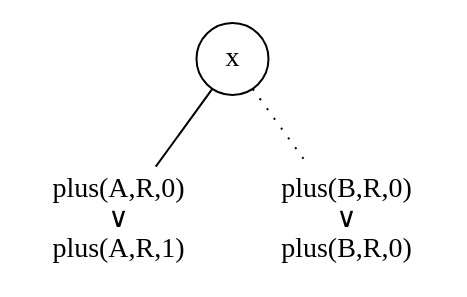
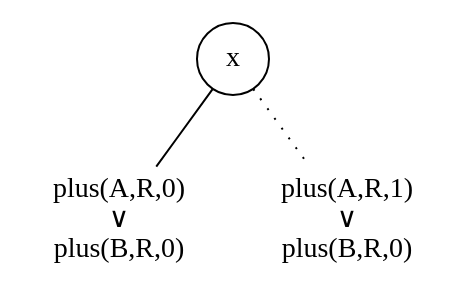
One commit to hgoes/master-thesis changed the diagram in plus3_res.dot. Above: the diagram before and after it, drawn with Graphviz.

Commit message:
Fix bug in BDD result diagram

```diff
--- a/plus3_res.dot
+++ b/plus3_res.dot
@@ -1,7 +1,7 @@
 graph plus3res {
 	x [shape=circle];
-	lhs [shape=plaintext,label="plus(A,R,0)\n&#8744;\nplus(A,R,1)"];
-	rhs [shape=plaintext,label="plus(B,R,0)\n&#8744;\nplus(B,R,0)"];
+	lhs [shape=plaintext,label="plus(A,R,0)\n&#8744;\nplus(B,R,0)"];
+	rhs [shape=plaintext,label="plus(A,R,1)\n&#8744;\nplus(B,R,0)"];
 	x -- lhs;
 	x -- rhs [style=dotted];
 }
```
